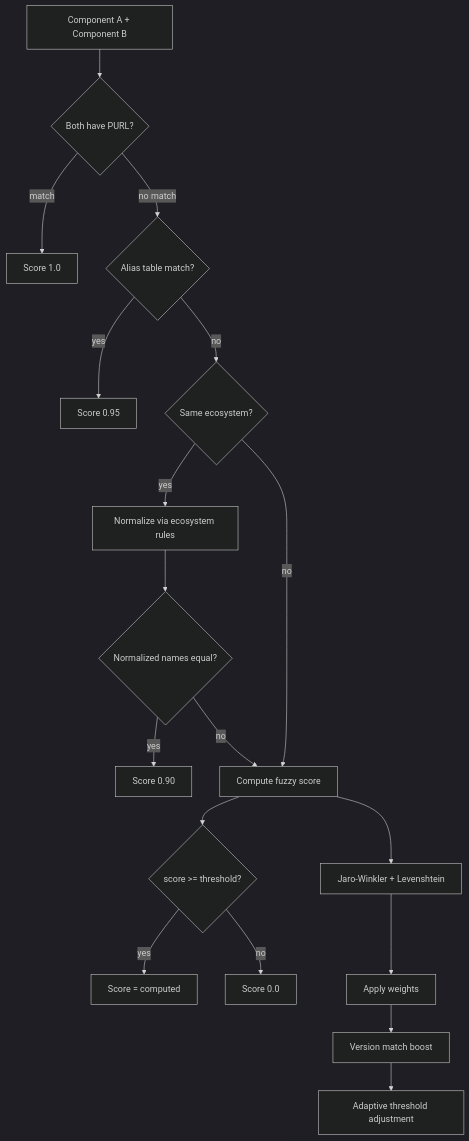
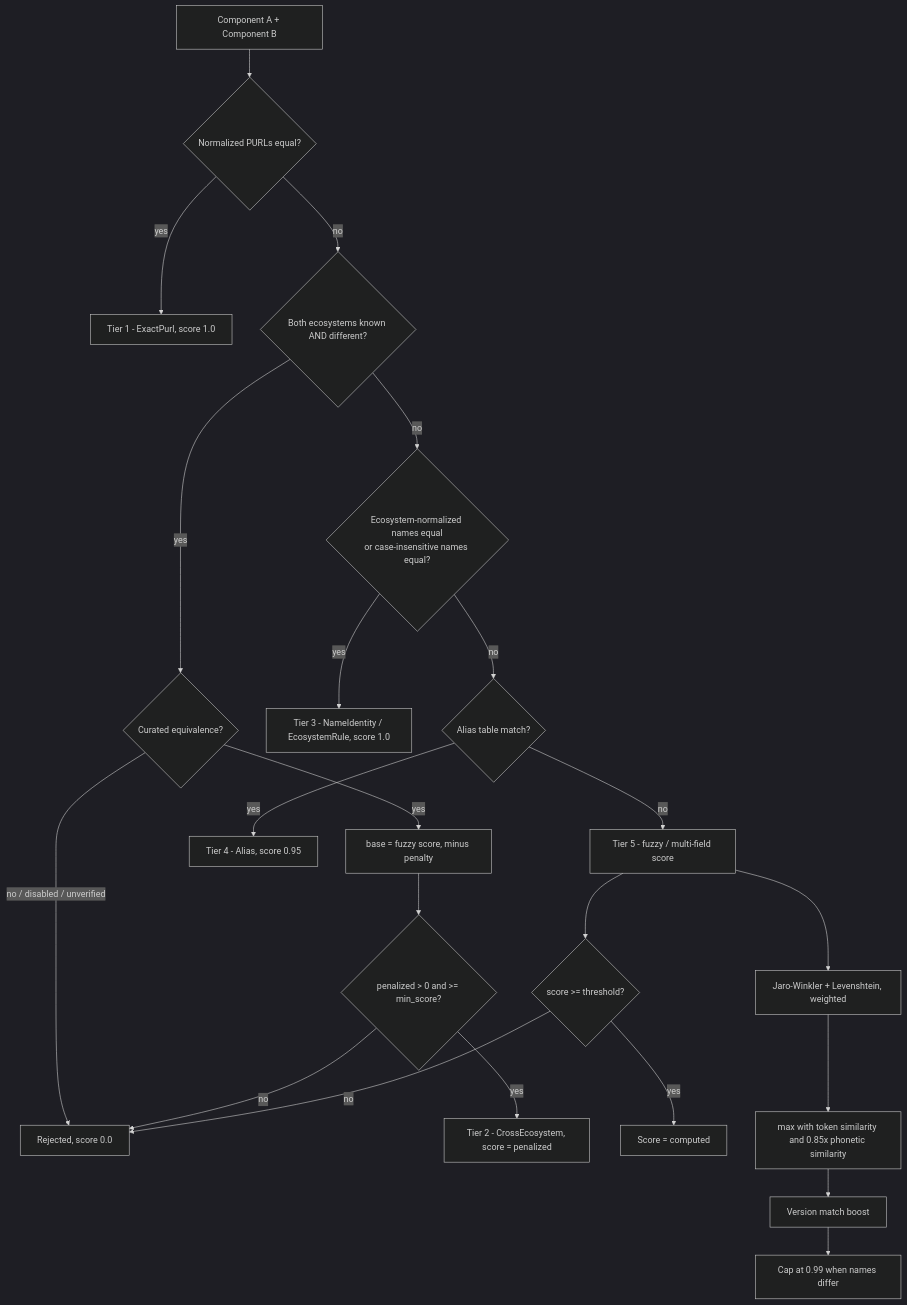
The third of 8 diagrams in docs/pipeline-diagrams.md (MChorfa/sbom-tools), drawn with Mermaid (dark theme) before and after one commit. The commit also changed other lines of this file and 11 other files, not shown here.

````diff
--- a/docs/pipeline-diagrams.md
+++ b/docs/pipeline-diagrams.md
@@ -34,21 +75,25 @@
 ```mermaid
 flowchart TD
-    A[Component A + Component B] --> B{Both have PURL?}
-    B -->|match| Z1[Score 1.0]
-    B -->|no match| C{Alias table match?}
-    C -->|yes| Z2[Score 0.95]
-    C -->|no| D{Same ecosystem?}
-    D -->|yes| E[Normalize via ecosystem rules]
-    E --> F{Normalized names equal?}
-    F -->|yes| Z3[Score 0.90]
-    F -->|no| G[Compute fuzzy score]
-    D -->|no| G
+    A[Component A + Component B] --> B{Normalized PURLs equal?}
+    B -->|yes| Z1[Tier 1 - ExactPurl, score 1.0]
+    B -->|no| C{Both ecosystems known AND different?}
+    C -->|yes| C1{Curated equivalence?}
+    C1 -->|no / disabled / unverified| Z5[Rejected, score 0.0]
+    C1 -->|yes| C2[base = fuzzy score, minus penalty]
+    C2 --> C3{penalized > 0 and >= min_score?}
+    C3 -->|yes| Z2[Tier 2 - CrossEcosystem, score = penalized]
+    C3 -->|no| Z5
+    C -->|no| D{Ecosystem-normalized names equal<br/>or case-insensitive names equal?}
+    D -->|yes| Z3[Tier 3 - NameIdentity / EcosystemRule, score 1.0]
+    D -->|no| E{Alias table match?}
+    E -->|yes| Z4[Tier 4 - Alias, score 0.95]
+    E -->|no| G[Tier 5 - fuzzy / multi-field score]
     G --> H{score >= threshold?}
-    H -->|yes| Z4[Score = computed]
-    H -->|no| Z5[Score 0.0]
+    H -->|yes| Z6[Score = computed]
+    H -->|no| Z5
 
-    G --> G1[Jaro-Winkler + Levenshtein]
-    G1 --> G2[Apply weights]
+    G --> G1[Jaro-Winkler + Levenshtein, weighted]
+    G1 --> G2["max with token similarity and 0.85x phonetic similarity"]
     G2 --> G3[Version match boost]
-    G3 --> G4[Adaptive threshold adjustment]
+    G3 --> G4[Cap at 0.99 when names differ]
 ```
````
